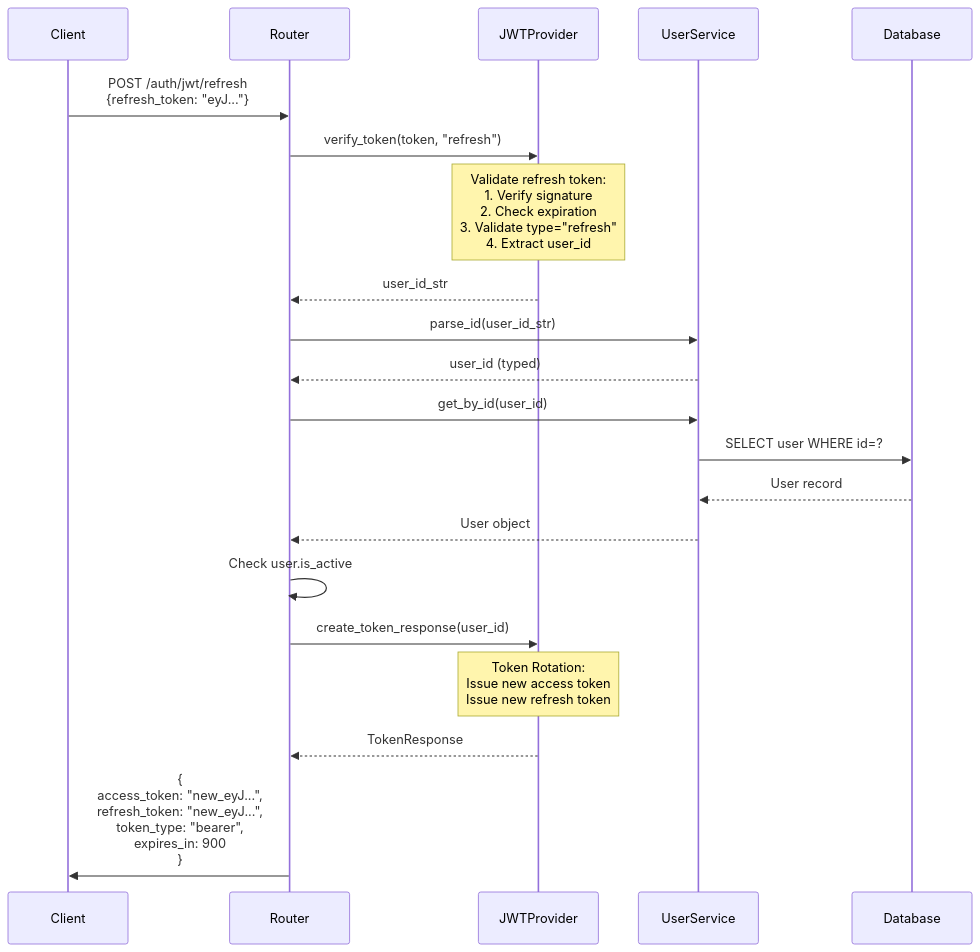
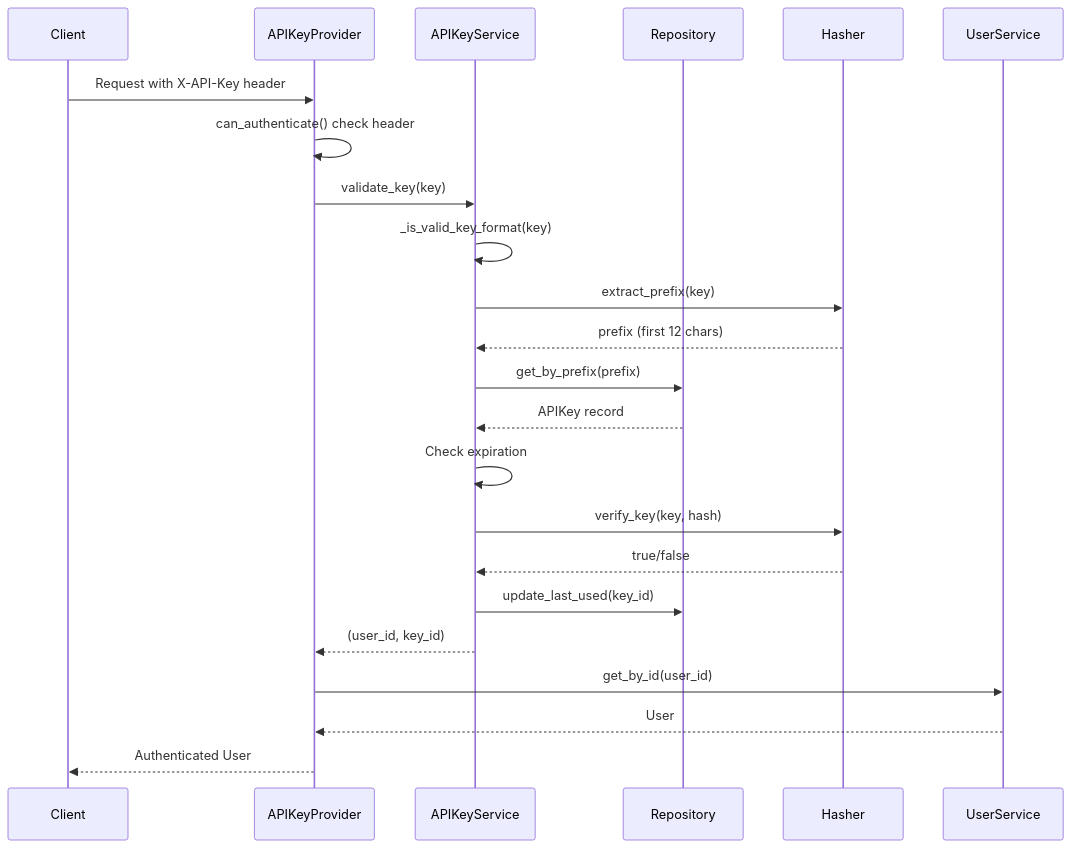
The fifth of 6 diagrams in backend/app/core/auth/README.md (brokdar/fastapi-template), drawn with Mermaid before and after one commit. The commit also changed other lines of this file and 9 other files, not shown here.

First line of the commit message:
Add typed provider factory dependencies (#8)

````diff
--- a/backend/app/core/auth/README.md
+++ b/backend/app/core/auth/README.md
@@ -240,30 +318,26 @@
 ```mermaid
 sequenceDiagram
     participant Client
-    participant Router
-    participant JWTProvider
+    participant APIKeyProvider
+    participant APIKeyService
+    participant Repository
+    participant Hasher
     participant UserService
-    participant Database
 
-    Client->>Router: POST /auth/jwt/refresh<br/>{refresh_token: "eyJ..."}
-    Router->>JWTProvider: verify_token(token, "refresh")
-
-    Note over JWTProvider: Validate refresh token:<br/>1. Verify signature<br/>2. Check expiration<br/>3. Validate type="refresh"<br/>4. Extract user_id
-
-    JWTProvider-->>Router: user_id_str
-    Router->>UserService: parse_id(user_id_str)
-    UserService-->>Router: user_id (typed)
-
-    Router->>UserService: get_by_id(user_id)
-    UserService->>Database: SELECT user WHERE id=?
-    Database-->>UserService: User record
-    UserService-->>Router: User object
-
-    Router->>Router: Check user.is_active
-    Router->>JWTProvider: create_token_response(user_id)
-
-    Note over JWTProvider: Token Rotation:<br/>Issue new access token<br/>Issue new refresh token
-
-    JWTProvider-->>Router: TokenResponse
-    Router->>Client: {<br/>  access_token: "new_eyJ...",<br/>  refresh_token: "new_eyJ...",<br/>  token_type: "bearer",<br/>  expires_in: 900<br/>}
+    Client->>APIKeyProvider: Request with X-API-Key header
+    APIKeyProvider->>APIKeyProvider: can_authenticate() check header
+    APIKeyProvider->>APIKeyService: validate_key(key)
+    APIKeyService->>APIKeyService: _is_valid_key_format(key)
+    APIKeyService->>Hasher: extract_prefix(key)
+    Hasher-->>APIKeyService: prefix (first 12 chars)
+    APIKeyService->>Repository: get_by_prefix(prefix)
+    Repository-->>APIKeyService: APIKey record
+    APIKeyService->>APIKeyService: Check expiration
+    APIKeyService->>Hasher: verify_key(key, hash)
+    Hasher-->>APIKeyService: true/false
+    APIKeyService->>Repository: update_last_used(key_id)
+    APIKeyService-->>APIKeyProvider: (user_id, key_id)
+    APIKeyProvider->>UserService: get_by_id(user_id)
+    UserService-->>APIKeyProvider: User
+    APIKeyProvider-->>Client: Authenticated User
 ```
````
